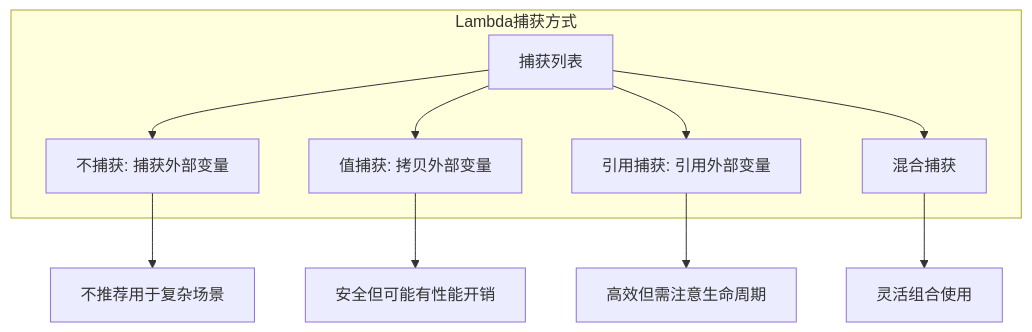
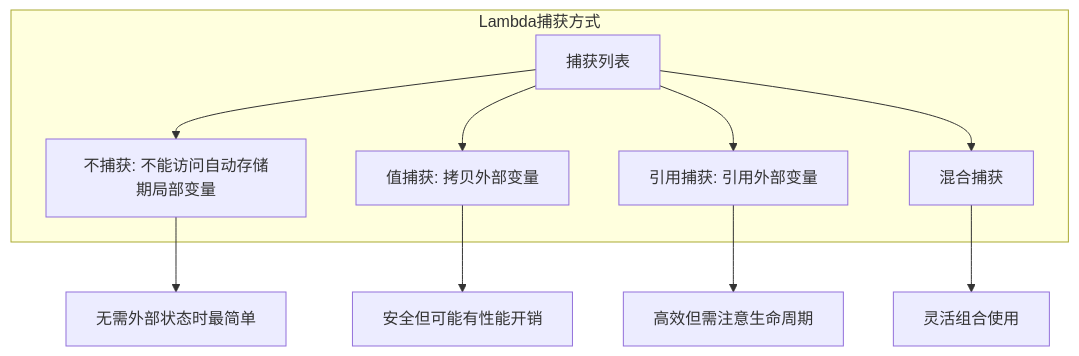
Before and after one commit to mlbo/cpp_learning: the third of 5 diagrams in week_03/day_15/README.md, drawn with Mermaid. The commit also changed other lines of this file and 675 other files, not shown here.

````diff
--- a/week_03/day_15/README.md
+++ b/week_03/day_15/README.md
@@ -175,14 +197,14 @@
 ```mermaid
 graph TB
     subgraph "Lambda捕获方式"
-    A[捕获列表] --> B[不捕获: 捕获外部变量]
+    A[捕获列表] --> B[不捕获: 不能访问自动存储期局部变量]
     A --> C[值捕获: 拷贝外部变量]
     A --> D[引用捕获: 引用外部变量]
     A --> E[混合捕获]
     end
     
-    B --> B1["不推荐用于复杂场景"]
+    B --> B1["无需外部状态时最简单"]
     C --> C1["安全但可能有性能开销"]
     D --> D1["高效但需注意生命周期"]
     E --> E1["灵活组合使用"]
 ```
````
